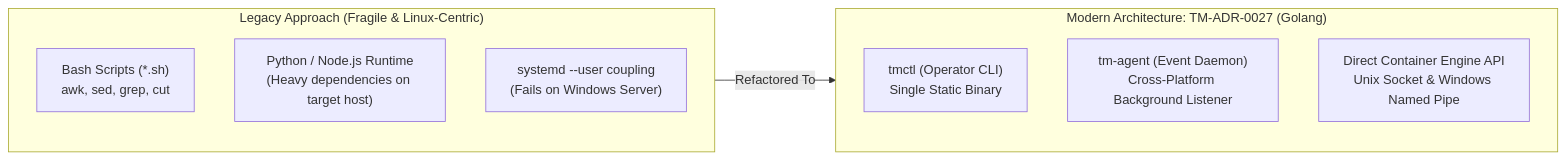
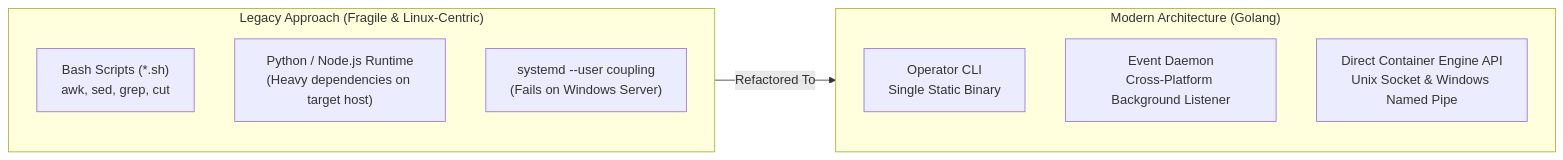
Before and after one commit to edkas07-oss/personal-site: the second of 4 diagrams in content/articles/forensik-kontainer-real-time-golang-socket-engine-spool.md, drawn with Mermaid. The commit also changed other lines of this file and 42 other files, not shown here.

```diff
--- a/content/articles/forensik-kontainer-real-time-golang-socket-engine-spool.md
+++ b/content/articles/forensik-kontainer-real-time-golang-socket-engine-spool.md
@@ -89,16 +89,16 @@
 {{< mermaid >}}
 flowchart LR
     subgraph LEGACY["Legacy Approach (Fragile & Linux-Centric)"]
         BASH["Bash Scripts (*.sh)<br/>awk, sed, grep, cut"]
         INTERP["Python / Node.js Runtime<br/>(Heavy dependencies on target host)"]
         SYS["systemd --user coupling<br/>(Fails on Windows Server)"]
     end
 
-    subgraph MODERN["Modern Architecture: TM-ADR-0027 (Golang)"]
-        TMCTL["tmctl (Operator CLI)<br/>Single Static Binary"]
-        TMAGENT["tm-agent (Event Daemon)<br/>Cross-Platform Background Listener"]
+    subgraph MODERN["Modern Architecture (Golang)"]
+        TMCTL["Operator CLI<br/>Single Static Binary"]
+        TMAGENT["Event Daemon<br/>Cross-Platform Background Listener"]
         SOCKET["Direct Container Engine API<br/>Unix Socket & Windows Named Pipe"]
     end
 
     LEGACY -->|Refactored To| MODERN
 {{< /mermaid >}}
```
